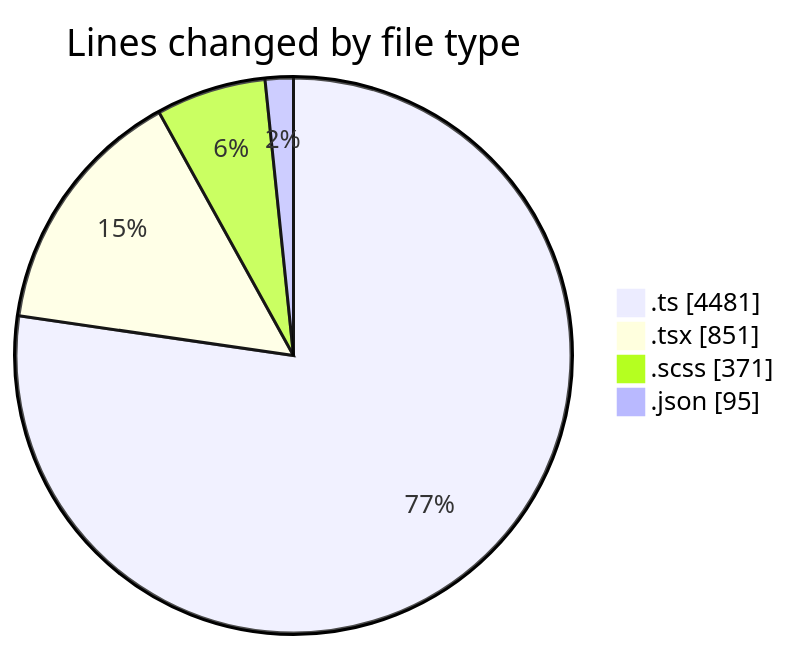
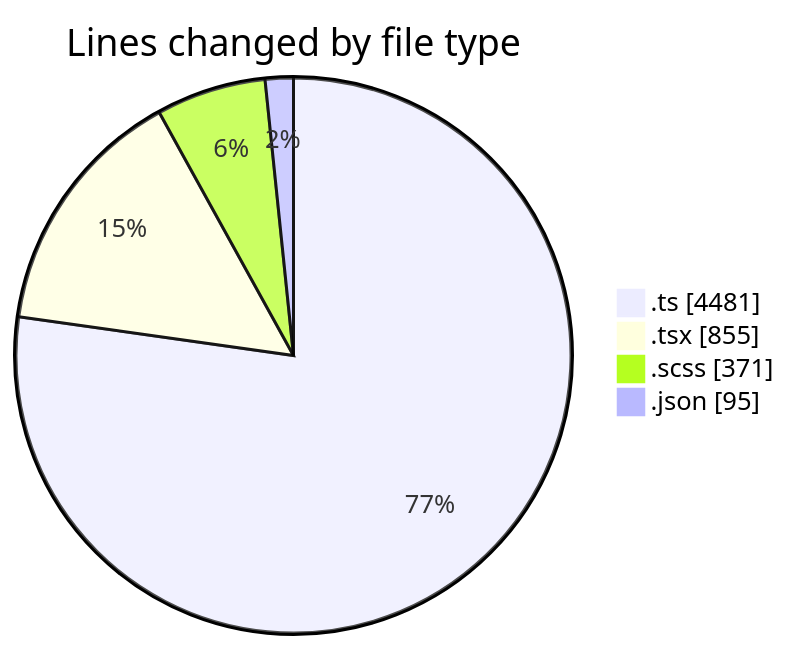
One commit to momahboobian/code-tracking changed the first of 2 diagrams in 2026-10-29/cda/README.md. Above: the diagram before and after it, drawn with Mermaid. The commit also changed other lines of this file and 1 other file, not shown here.

````diff
--- a/2026-10-29/cda/README.md
+++ b/2026-10-29/cda/README.md
@@ -29,8 +29,8 @@
 ```mermaid
 pie showData
 title Lines changed by file type
 ".ts" : 4481
-".tsx" : 851
+".tsx" : 855
 ".scss" : 371
 ".json" : 95
 ```
````
